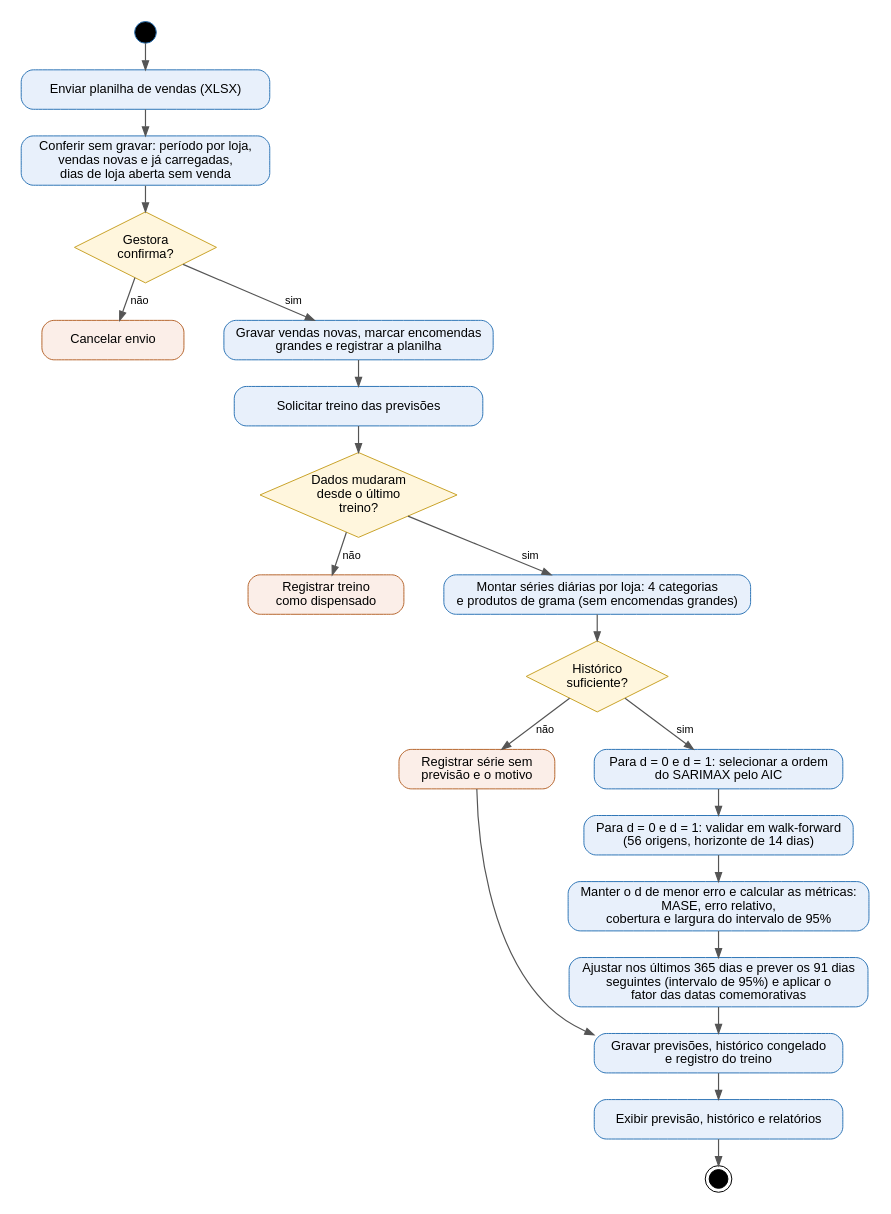
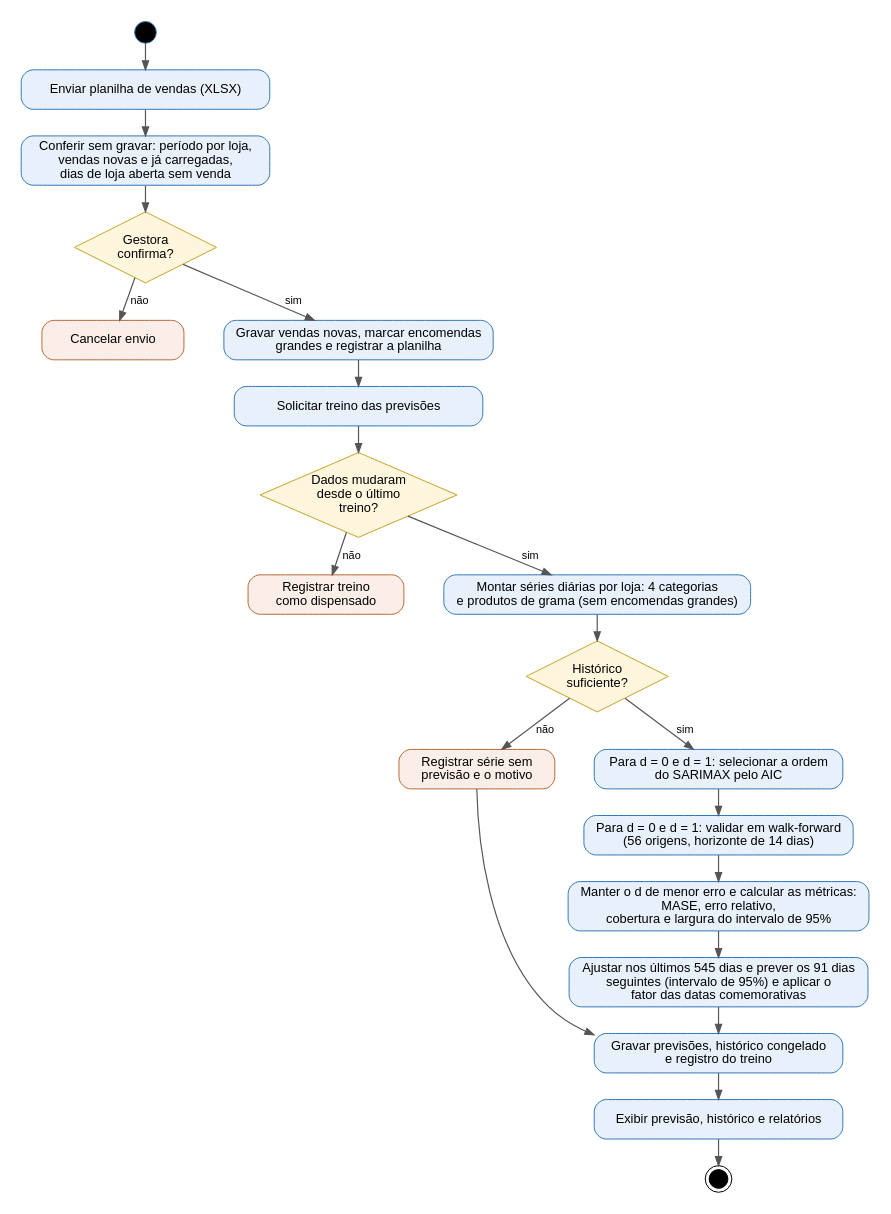
The diagram in .claude/skills/artigo-tcc/diagramas/fig2_atividades.dot (FelipeGA02/TCC---Inventory-Forecasting), drawn with Graphviz before and after one commit. The commit also changed 8 other files, not shown here.

```diff
--- a/.claude/skills/artigo-tcc/diagramas/fig2_atividades.dot
+++ b/.claude/skills/artigo-tcc/diagramas/fig2_atividades.dot
@@ -1,42 +1,42 @@
 digraph ACT {
   rankdir=TB; nodesep=0.55; ranksep=0.36; pad=0.2;
   node [fontname="Arial", fontsize=13, shape=box, style="rounded,filled", fillcolor="#e8f0fb", color="#2e75b6", width=3.5, height=0.55];
   edge [color="#555555", arrowsize=0.9, penwidth=1.2, fontname="Arial", fontsize=11];
   ini [shape=circle, label="", width=0.3, height=0.3, fixedsize=true, style=filled, fillcolor="#000000", color="#2e75b6"];
   env [label="Enviar planilha de vendas (XLSX)"];
   cnf [label="Conferir sem gravar: período por loja,\nvendas novas e já carregadas,\ndias de loja aberta sem venda"];
   ok  [shape=diamond, label="Gestora\nconfirma?", style=filled, fillcolor="#fff6dd", color="#c9a227", width=2.0, height=1.0];
   cnc [label="Cancelar envio", fillcolor="#fbeee8", color="#b6662e", width=2.0];
   grv [label="Gravar vendas novas, marcar encomendas\ngrandes e registrar a planilha"];
   trn [label="Solicitar treino das previsões"];
   mud [shape=diamond, label="Dados mudaram\ndesde o último\ntreino?", style=filled, fillcolor="#fff6dd", color="#c9a227", width=2.2, height=1.2];
   skp [label="Registrar treino\ncomo dispensado", fillcolor="#fbeee8", color="#b6662e", width=2.2];
   ser [label="Montar séries diárias por loja: 4 categorias\ne produtos de grama (sem encomendas grandes)"];
   suf [shape=diamond, label="Histórico\nsuficiente?", style=filled, fillcolor="#fff6dd", color="#c9a227", width=2.0, height=1.0];
   ins [label="Registrar série sem\nprevisão e o motivo", fillcolor="#fbeee8", color="#b6662e", width=2.2];
   aic [label="Para d = 0 e d = 1: selecionar a ordem
 do SARIMAX pelo AIC"];
   wf  [label="Para d = 0 e d = 1: validar em walk-forward\n(56 origens, horizonte de 14 dias)"];
   met [label="Manter o d de menor erro e calcular as métricas:
 MASE, erro relativo,
 cobertura e largura do intervalo de 95%"];
-  fin [label="Ajustar nos últimos 365 dias e prever os 91 dias\nseguintes (intervalo de 95%) e aplicar o\nfator das datas comemorativas"];
+  fin [label="Ajustar nos últimos 545 dias e prever os 91 dias\nseguintes (intervalo de 95%) e aplicar o\nfator das datas comemorativas"];
   gh  [label="Gravar previsões, histórico congelado\ne registro do treino"];
   tel [label="Exibir previsão, histórico e relatórios"];
   fim [shape=doublecircle, label="", width=0.26, height=0.26, fixedsize=true, style=filled, fillcolor="#000000", color="#000000"];
   ini -> env -> cnf -> ok;
   ok -> grv [label=" sim"];
   ok -> cnc [label=" não"];
   grv -> trn -> mud;
   mud -> ser [label=" sim"];
   mud -> skp [label=" não"];
   ser -> suf;
   suf -> aic [label=" sim"];
   suf -> ins [label=" não"];
   aic -> wf -> met -> fin;
   fin -> gh; ins -> gh [constraint=false];
   gh -> tel -> fim;
   {rank=same; grv; cnc;}
   {rank=same; ser; skp;}
   {rank=same; aic; ins;}
 }
```
